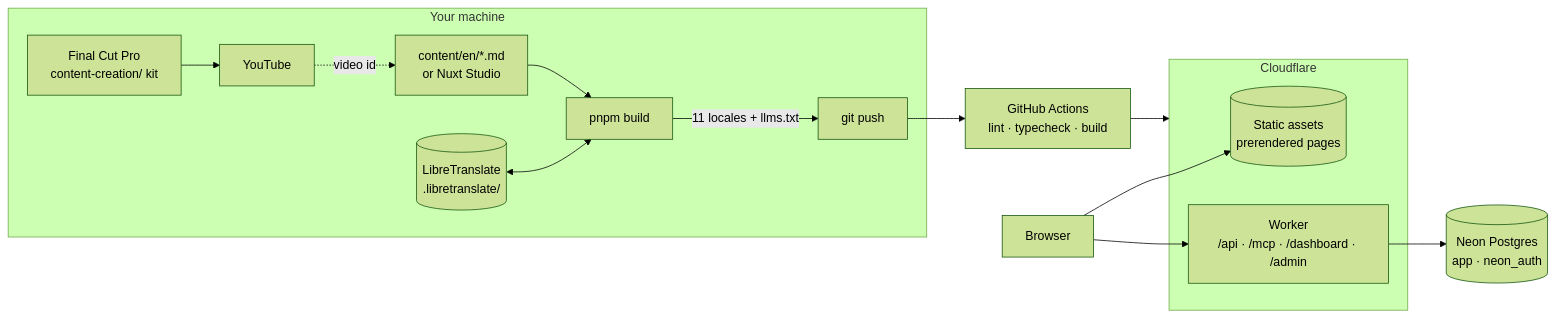
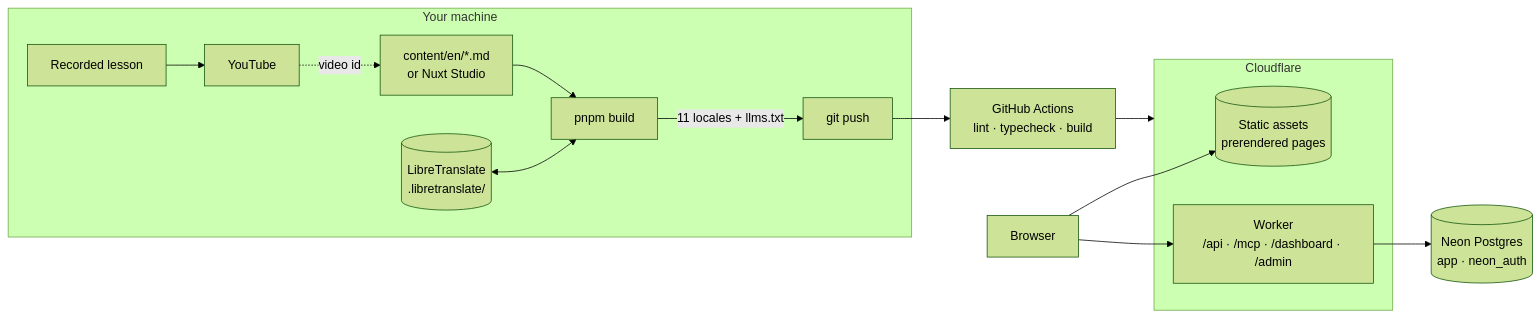
One commit to imswarnil/CRM-Analytics-Academy changed the diagram in README.md. Above: the diagram before and after it, drawn with Mermaid (forest theme). The commit also changed other lines of this file and 1023 other files, not shown here.

````diff
--- a/README.md
+++ b/README.md
@@ -128,18 +128,18 @@
 ```mermaid
 flowchart LR
   subgraph Mac[Your machine]
     MD[content/en/*.md<br/>or Nuxt Studio] --> B[pnpm build]
     LT[(LibreTranslate<br/>.libretranslate/)] <--> B
     B -->|11 locales + llms.txt| G[git push]
-    FCP[Final Cut Pro<br/>content-creation/ kit] --> YT[YouTube] -.video id.-> MD
+    REC[Recorded lesson] --> YT[YouTube] -.video id.-> MD
   end
   G --> CI[GitHub Actions<br/>lint · typecheck · build]
   CI --> CF
   subgraph CF[Cloudflare]
     A[(Static assets<br/>prerendered pages)]
     W[Worker<br/>/api · /mcp · /dashboard · /admin]
   end
   W --> NEON[(Neon Postgres<br/>app · neon_auth)]
   Browser --> A
   Browser --> W
 ```
````
